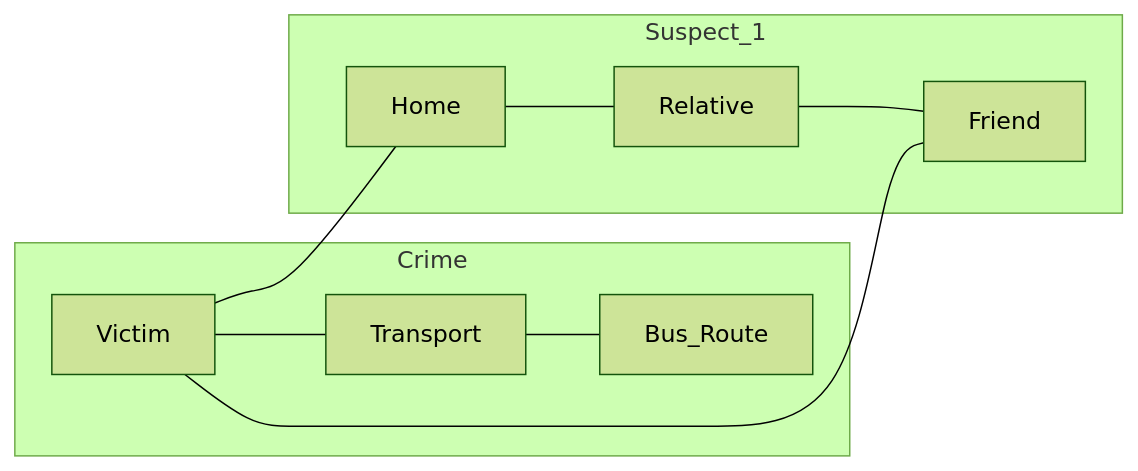
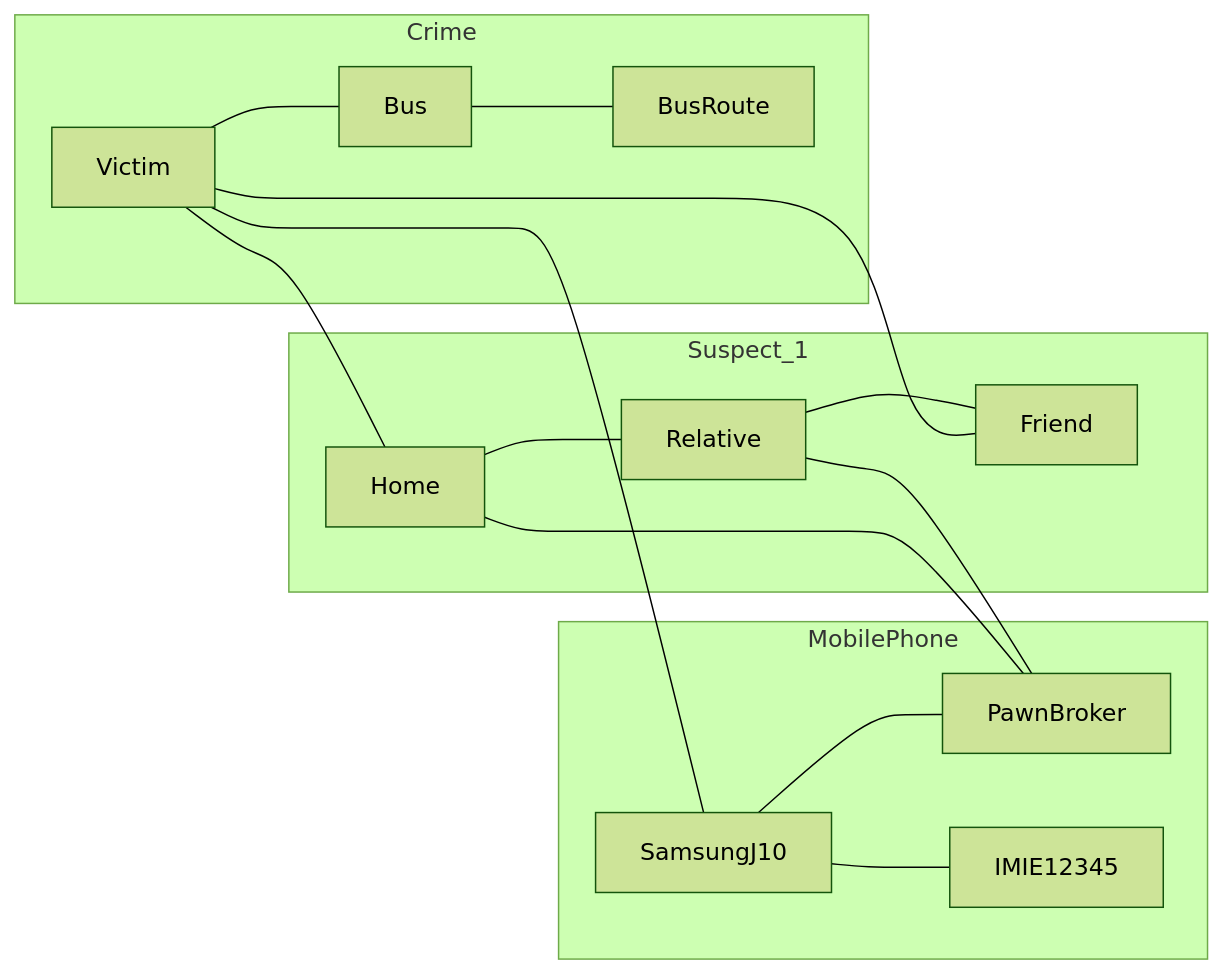
The diagram in README.md (stephenboothuk/Mermaid), drawn with Mermaid (forest theme) before and after one commit. The commit also changed other lines of this file, not shown here.

````diff
--- a/README.md
+++ b/README.md
@@ -4,17 +13,25 @@
 ```mermaid
 
   graph LR
    subgraph Crime
-   Victim --- Transport
-   Transport --- Bus_Route
+   Victim --- Bus
+   Bus --- BusRoute
    end
   
    subgraph Suspect_1
    Home --- Relative
    Relative --- Friend
    end
+   
+   subgraph MobilePhone
+   SamsungJ10 --- PawnBroker
+   SamsungJ10 --- IMIE12345
+   end
   
    Victim --- Home
    Victim --- Friend
+   Victim --- SamsungJ10
+   PawnBroker --- Home
+   Relative --- PawnBroker
 
 ```
````
